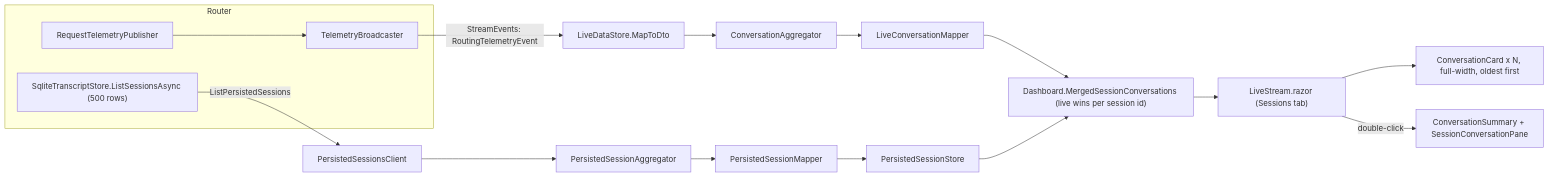
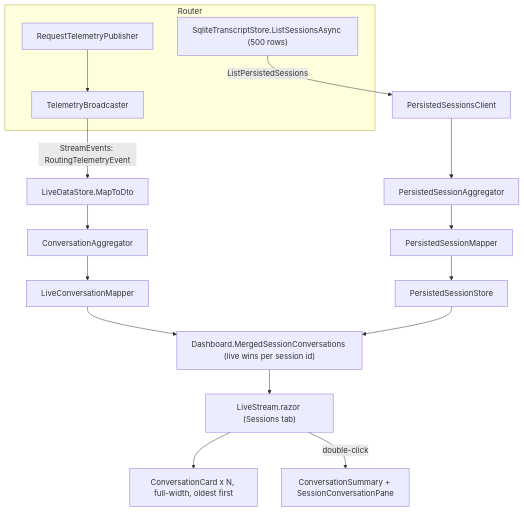
The first of 3 diagrams in docs/plans/issue-176-sessions-three-pane.md (davidpizon/TotallyHot-ArcRouter), drawn with Mermaid before and after one commit.

Commit message:
Render the #176 plan's current-state diagram top to bottom
The left-to-right flowchart rendered as a thin strip at GitHub's page
width; top to bottom keeps its node labels legible.

````diff
--- a/docs/plans/issue-176-sessions-three-pane.md
+++ b/docs/plans/issue-176-sessions-three-pane.md
@@ -47,16 +47,16 @@
 ```mermaid
-flowchart LR
+flowchart TB
     subgraph Router
         Pub["RequestTelemetryPublisher"] --> Bc["TelemetryBroadcaster"]
         Tx["SqliteTranscriptStore.ListSessionsAsync (500 rows)"]
     end
     Bc -- "StreamEvents: RoutingTelemetryEvent" --> LDS["LiveDataStore.MapToDto"]
     Tx -- "ListPersistedSessions" --> PSC["PersistedSessionsClient"]
     LDS --> CA["ConversationAggregator"] --> LCM["LiveConversationMapper"]
     PSC --> PSA["PersistedSessionAggregator"] --> PSM["PersistedSessionMapper"] --> PSS["PersistedSessionStore"]
     LCM --> Merge["Dashboard.MergedSessionConversations (live wins per session id)"]
     PSS --> Merge
     Merge --> LS["LiveStream.razor (Sessions tab)"]
     LS --> Card["ConversationCard x N, full-width, oldest first"]
     LS -- "double-click" --> Split["ConversationSummary + SessionConversationPane"]
 ```
````
